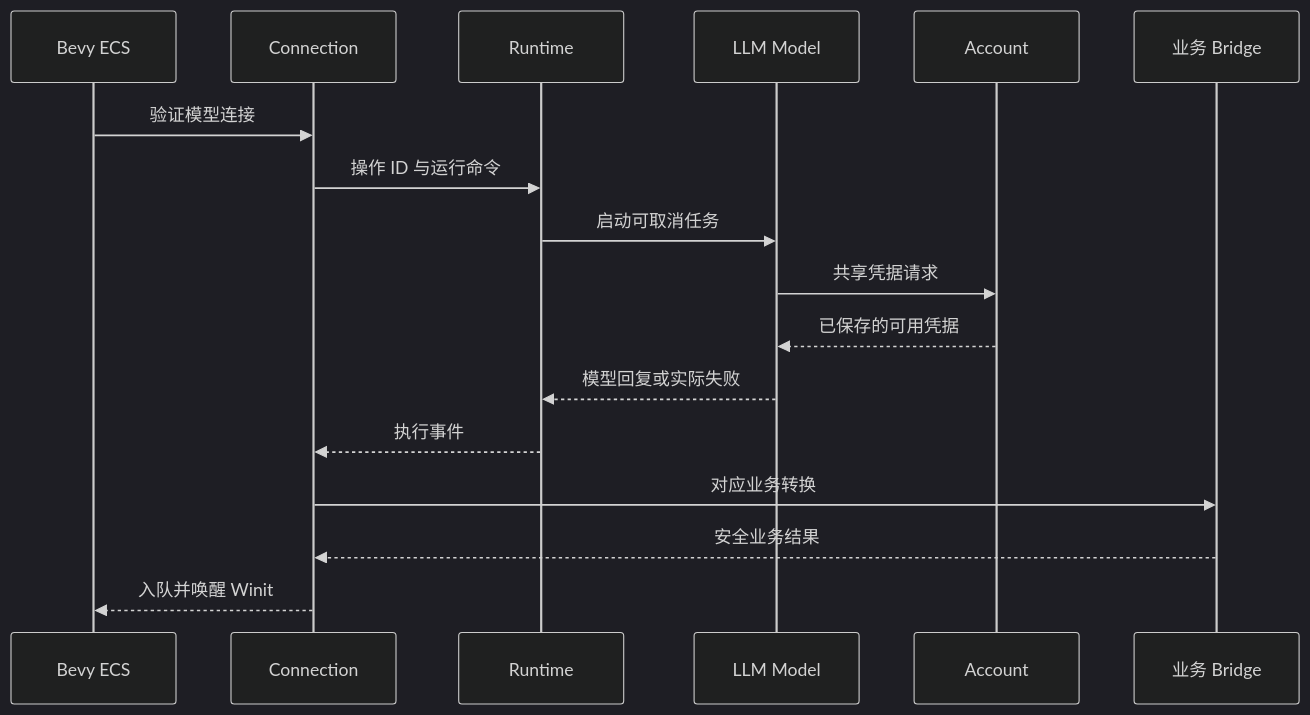
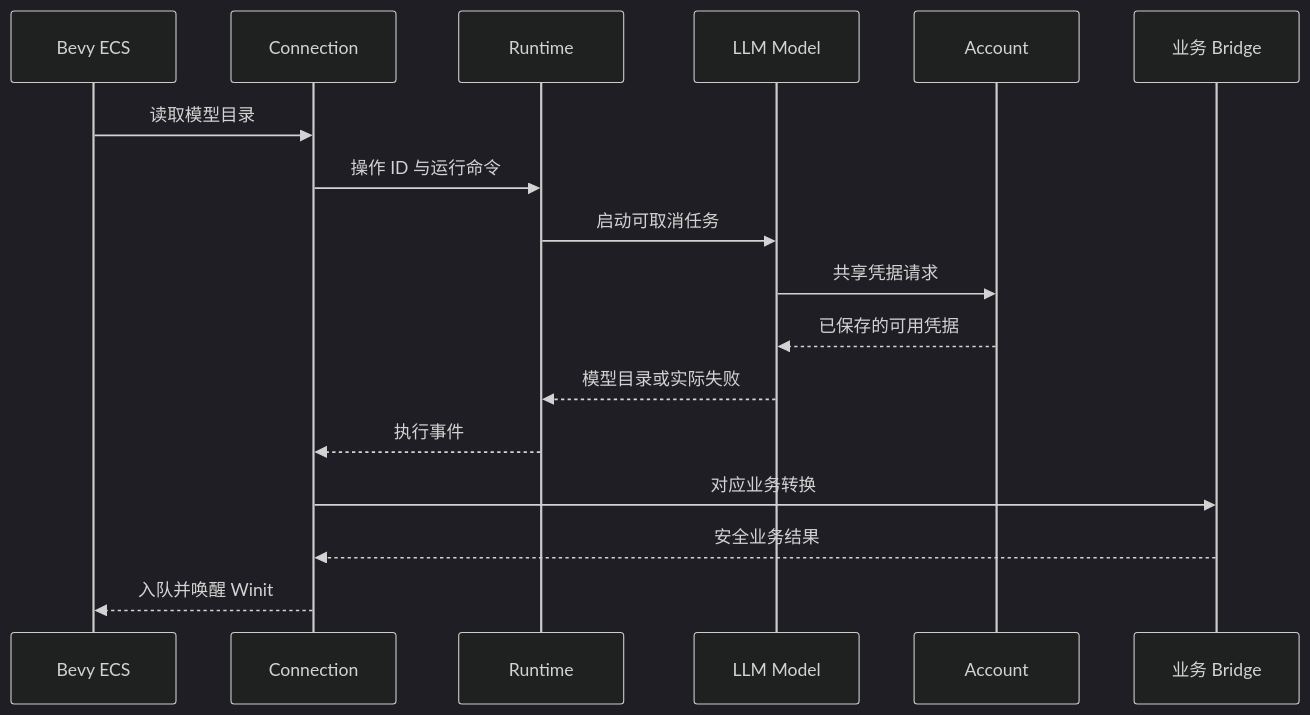
The second of 3 diagrams in docs/design/architecture.md (slc90/Agentelier), drawn with Mermaid (dark theme) before and after one commit. The commit also changed other lines of this file and 54 other files, not shown here.

````diff
--- a/docs/design/architecture.md
+++ b/docs/design/architecture.md
@@ -160,19 +160,19 @@
 ```mermaid
 sequenceDiagram
     participant UI as Bevy ECS
     participant C as Connection
     participant R as Runtime
     participant M as LLM Model
     participant A as Account
     participant B as 业务 Bridge
-    UI->>C: 验证模型连接
+    UI->>C: 读取模型目录
     C->>R: 操作 ID 与运行命令
     R->>M: 启动可取消任务
     M->>A: 共享凭据请求
     A-->>M: 已保存的可用凭据
-    M-->>R: 模型回复或实际失败
+    M-->>R: 模型目录或实际失败
     R-->>C: 执行事件
     C->>B: 对应业务转换
     B-->>C: 安全业务结果
     C-->>UI: 入队并唤醒 Winit
 ```
````
